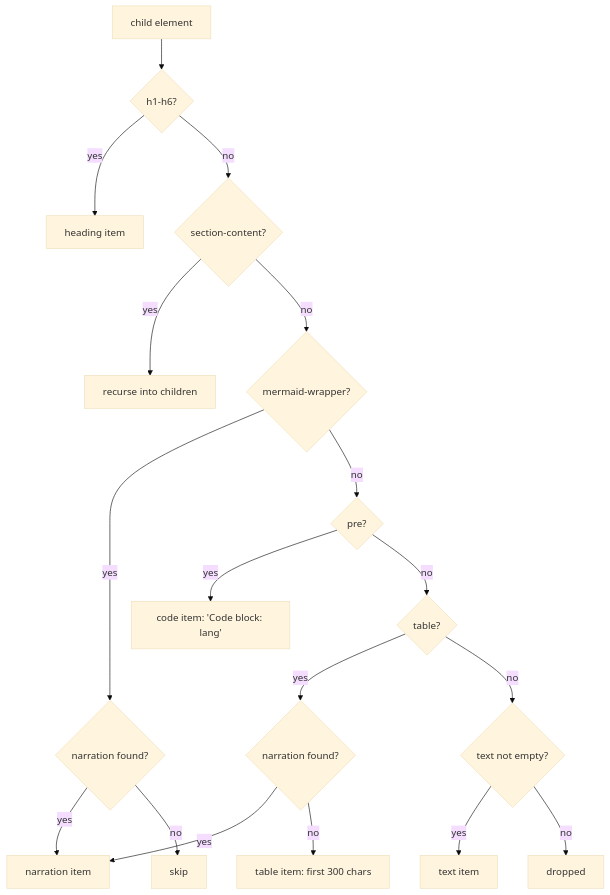
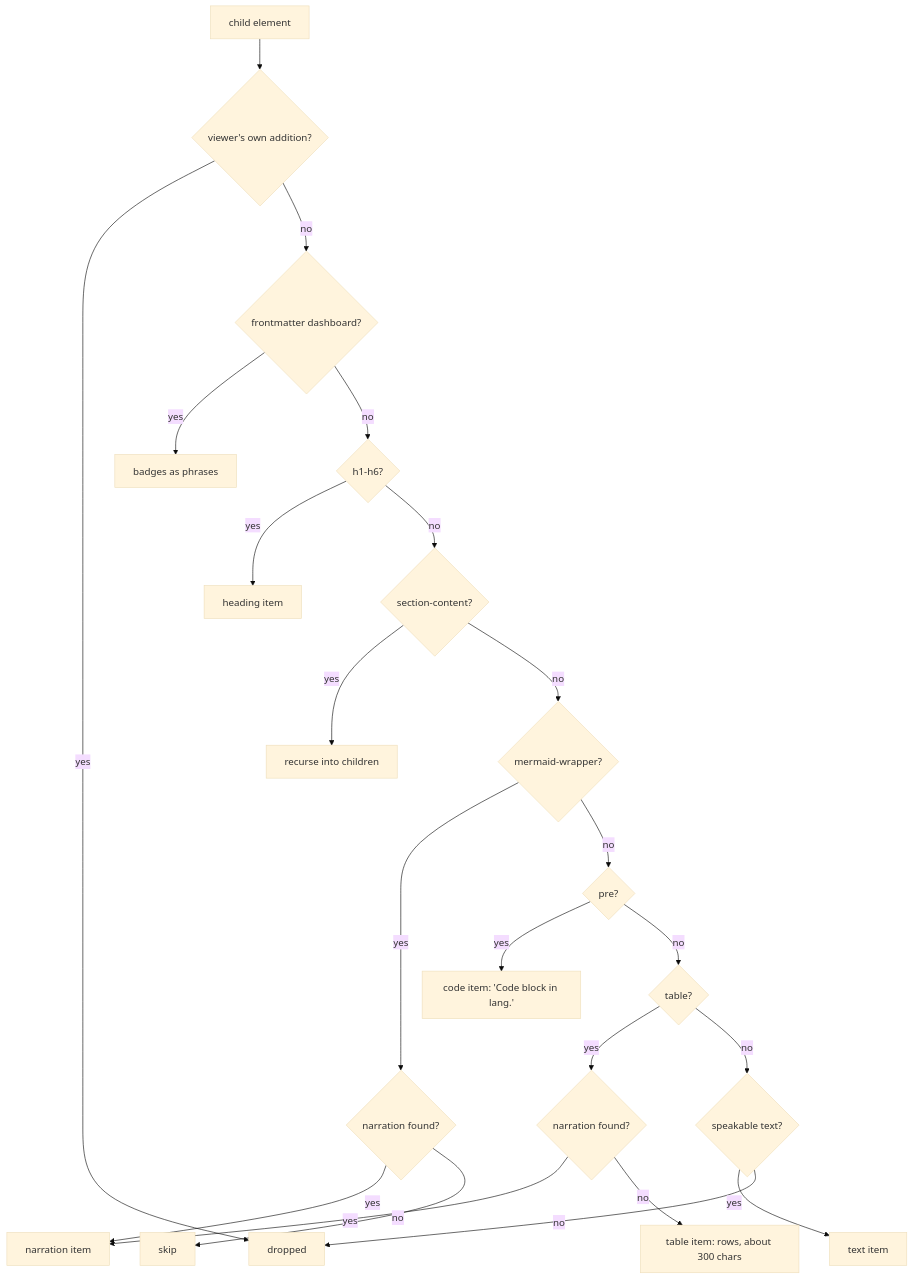
The first of 2 diagrams in docs/read-aloud.md (vikrantb/kites-markdown), drawn with Mermaid (base theme) before and after one commit. The commit also changed other lines of this file and 18 other files, not shown here.

````diff
--- a/docs/read-aloud.md
+++ b/docs/read-aloud.md
@@ -91,20 +100,24 @@
 ```mermaid
 flowchart TD
-  A[child element] --> B{h1-h6?}
+  A[child element] --> X{viewer's own addition?}
+  X -- yes --> Z[dropped]
+  X -- no --> DB{frontmatter dashboard?}
+  DB -- yes --> DI[badges as phrases]
+  DB -- no --> B{h1-h6?}
   B -- yes --> H[heading item]
   B -- no --> C{section-content?}
   C -- yes --> R[recurse into children]
   C -- no --> D{mermaid-wrapper?}
   D -- yes --> N1{narration found?}
   N1 -- yes --> NI[narration item]
   N1 -- no --> S[skip]
   D -- no --> E{pre?}
-  E -- yes --> CI["code item: 'Code block: lang'"]
+  E -- yes --> CI["code item: 'Code block in lang.'"]
   E -- no --> F{table?}
   F -- yes --> N2{narration found?}
   N2 -- yes --> NI
-  N2 -- no --> TI[table item: first 300 chars]
-  F -- no --> G{text not empty?}
+  N2 -- no --> TI[table item: rows, about 300 chars]
+  F -- no --> G{speakable text?}
   G -- yes --> XI[text item]
-  G -- no --> Z[dropped]
+  G -- no --> Z
 ```
````
